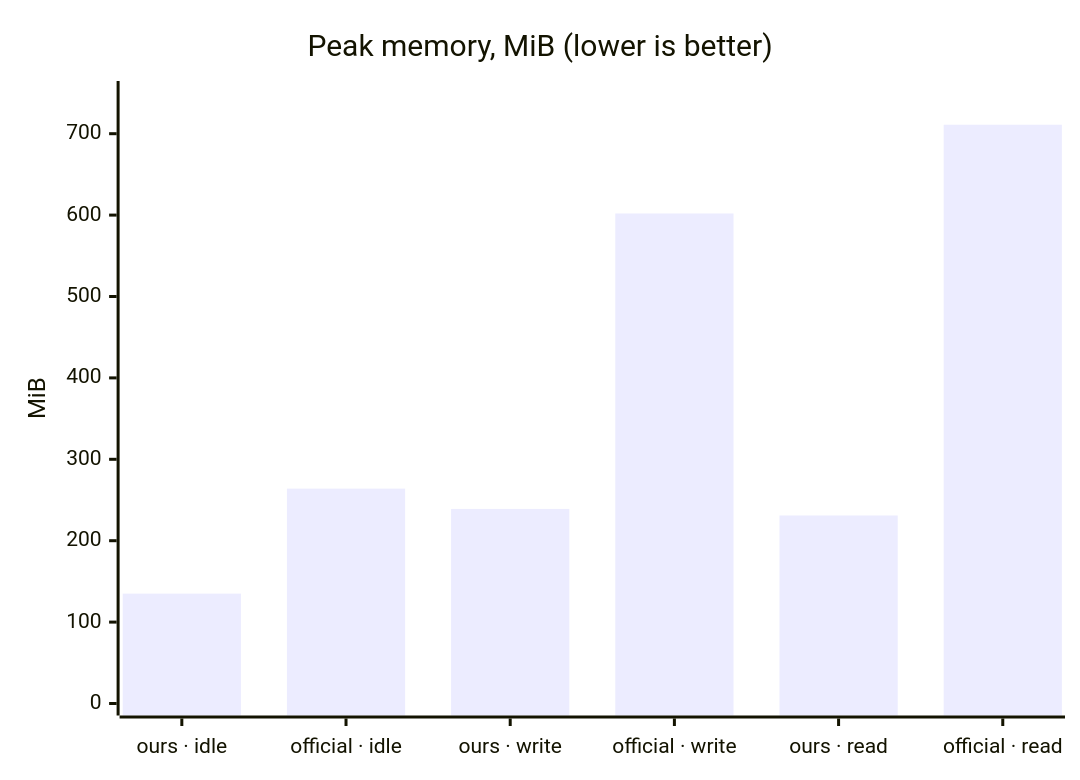
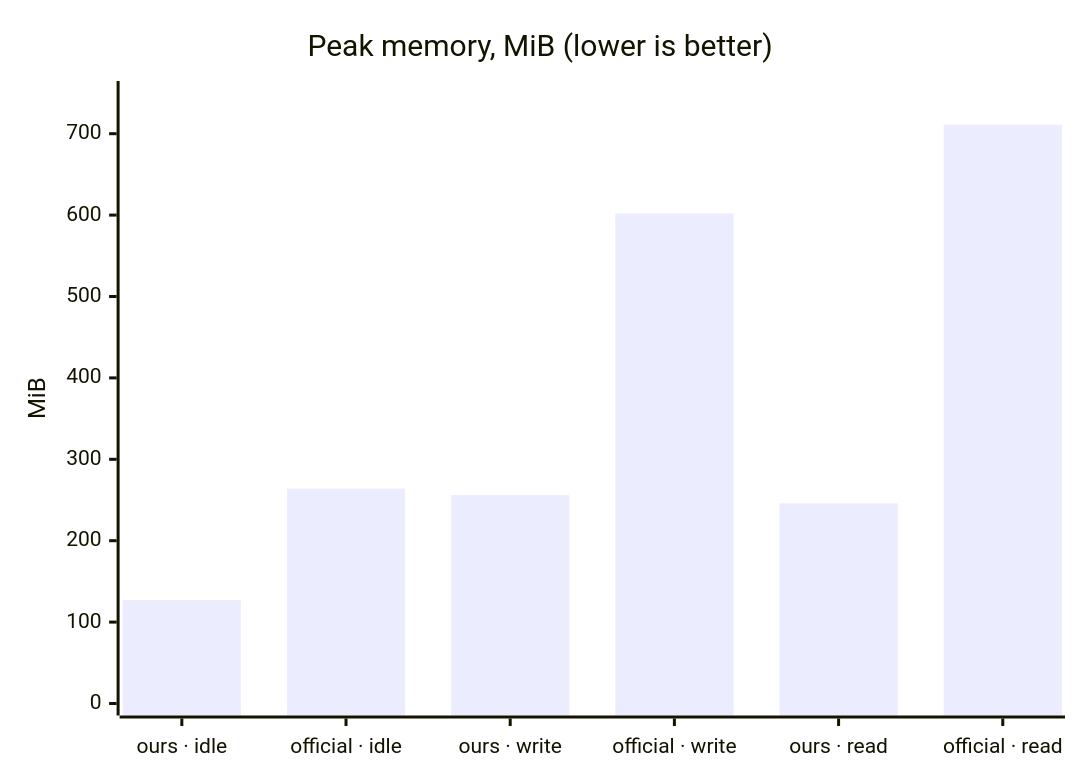
Before and after one commit to francyfox/umami-back-lite: the third of 4 diagrams in README.md, drawn with Mermaid. The commit also changed other lines of this file and 1 other file, not shown here.

First line of the commit message:
docs: refresh benchmark numbers after the lazy-mount fix, add cold-boot figure

````diff
--- a/README.md
+++ b/README.md
@@ -152,7 +152,7 @@
 ```mermaid
 xychart-beta
     title "Peak memory, MiB (lower is better)"
     x-axis ["ours · idle", "official · idle", "ours · write", "official · write", "ours · read", "official · read"]
     y-axis "MiB" 0 --> 750
-    bar [135, 264, 239, 602, 231, 711]
+    bar [127, 264, 256, 602, 246, 711]
 ```
````
